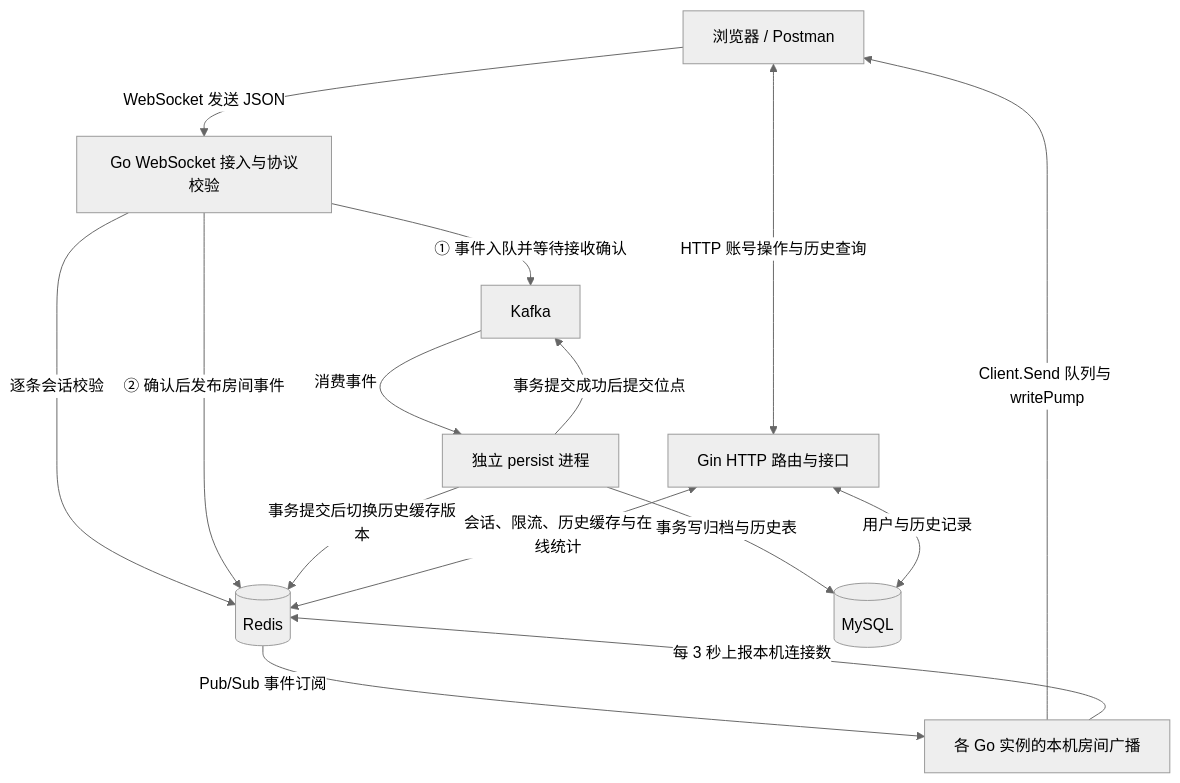
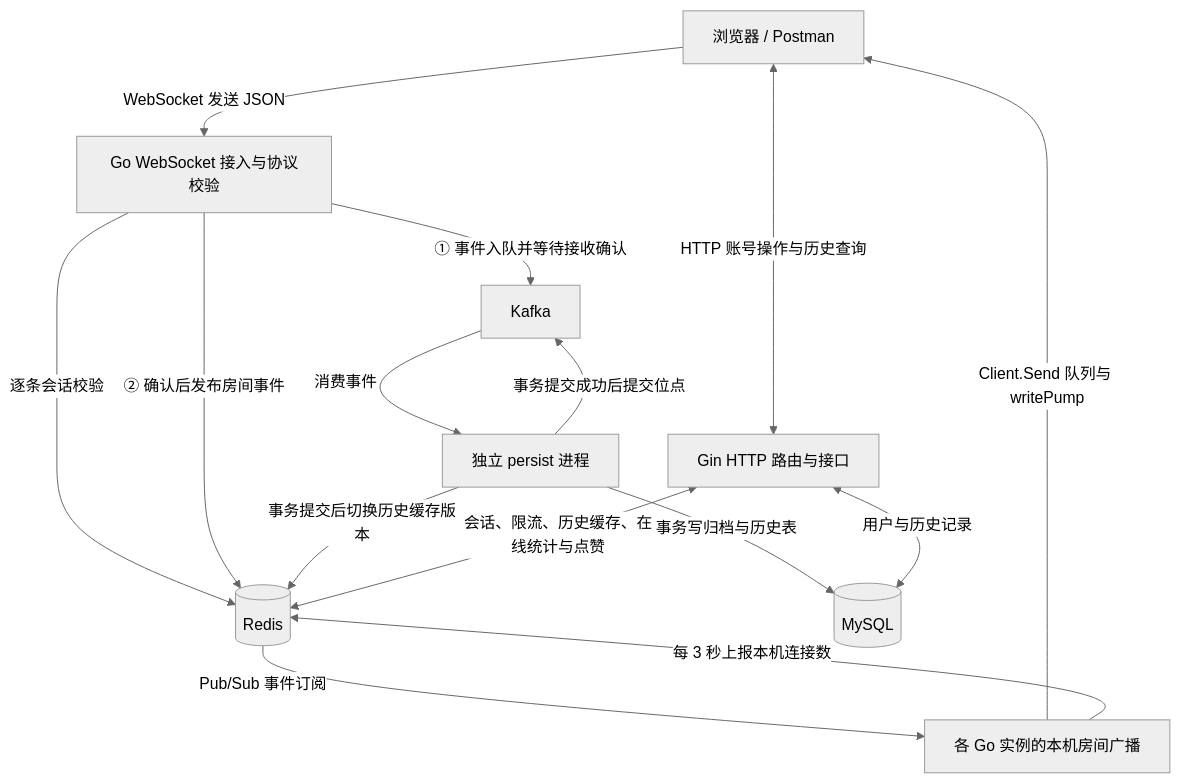
One commit to radianceded/GoliTube changed the diagram in README.md. Above: the diagram before and after it, drawn with Mermaid (neutral theme). The commit also changed other lines of this file, not shown here.

Commit message:
Document room like API, concurrency and Redis durability

````diff
--- a/README.md
+++ b/README.md
@@ -117,17 +119,17 @@
 ```mermaid
 flowchart TD
     Client[浏览器 / Postman] <-->|HTTP 账号操作与历史查询| API[Gin HTTP 路由与接口]
     Client -->|WebSocket 发送 JSON| WS[Go WebSocket 接入与协议校验]
     WS -->|逐条会话校验| Redis[(Redis)]
     WS -->|① 事件入队并等待接收确认| Kafka[Kafka]
     WS -->|② 确认后发布房间事件| Redis
     Redis -->|Pub/Sub 事件订阅| Instances[各 Go 实例的本机房间广播]
     Instances -->|Client.Send 队列与 writePump| Client
     Kafka -->|消费事件| Persist[独立 persist 进程]
     Persist -->|事务写归档与历史表| DB[(MySQL)]
     Persist -->|事务提交成功后提交位点| Kafka
     Persist -->|事务提交后切换历史缓存版本| Redis
     API <-->|用户与历史记录| DB
-    API <-->|会话、限流、历史缓存与在线统计| Redis
+    API <-->|会话、限流、历史缓存、在线统计与点赞| Redis
     Instances -->|每 3 秒上报本机连接数| Redis
 ```
````
